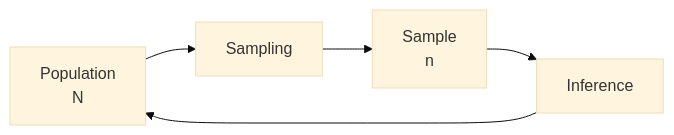
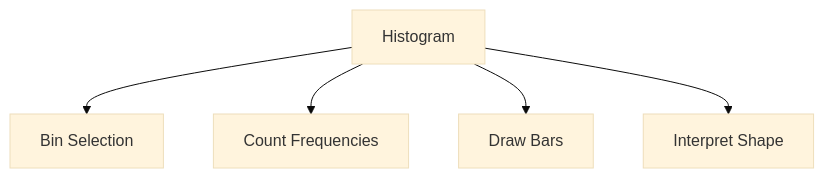
The fifth of 11 diagrams in 01-descriptive-statistics.md (muhammadsalek/statistics-for-scientists), drawn with Mermaid (base theme) before and after one commit. The commit also changed other lines of this file, not shown here.

````diff
--- a/01-descriptive-statistics.md
+++ b/01-descriptive-statistics.md
@@ -427,7 +433,7 @@
 ```mermaid
-graph LR
-    P[Population<br>N] --> S[Sampling]
-    S --> SP[Sample<br>n]
-    SP --> I[Inference]
-    I --> P
+graph TD
+    H[Histogram] --> B[Bin Selection]
+    H --> C[Count Frequencies]
+    H --> D[Draw Bars]
+    H --> E[Interpret Shape]
 ```
````
